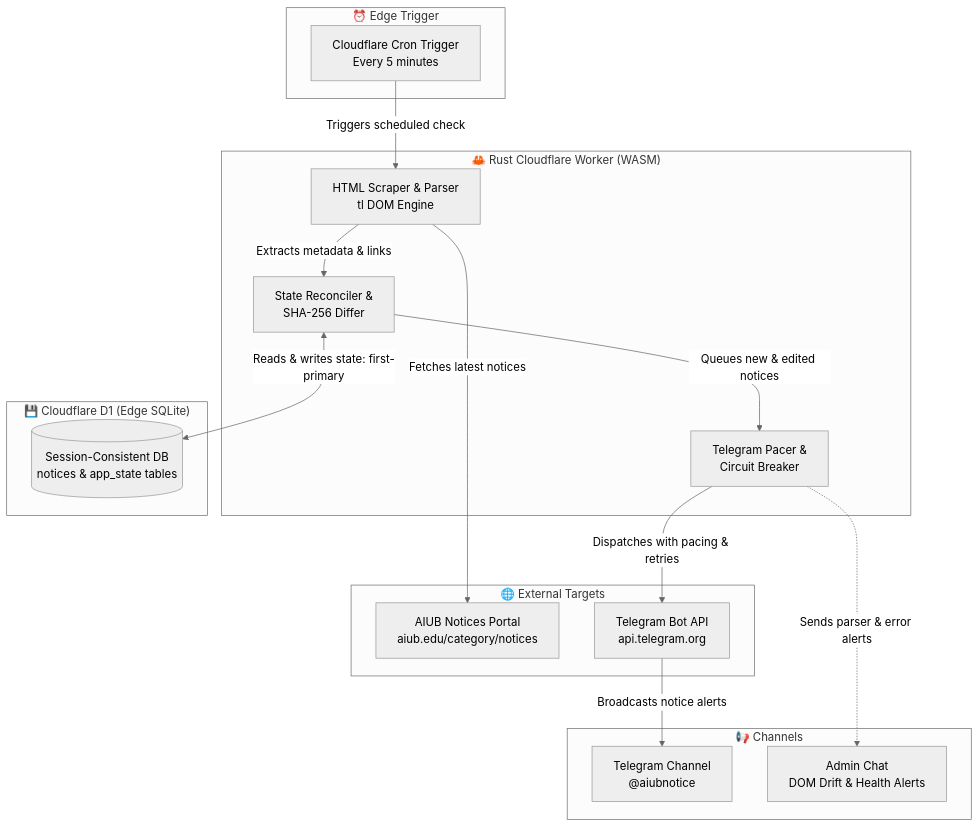
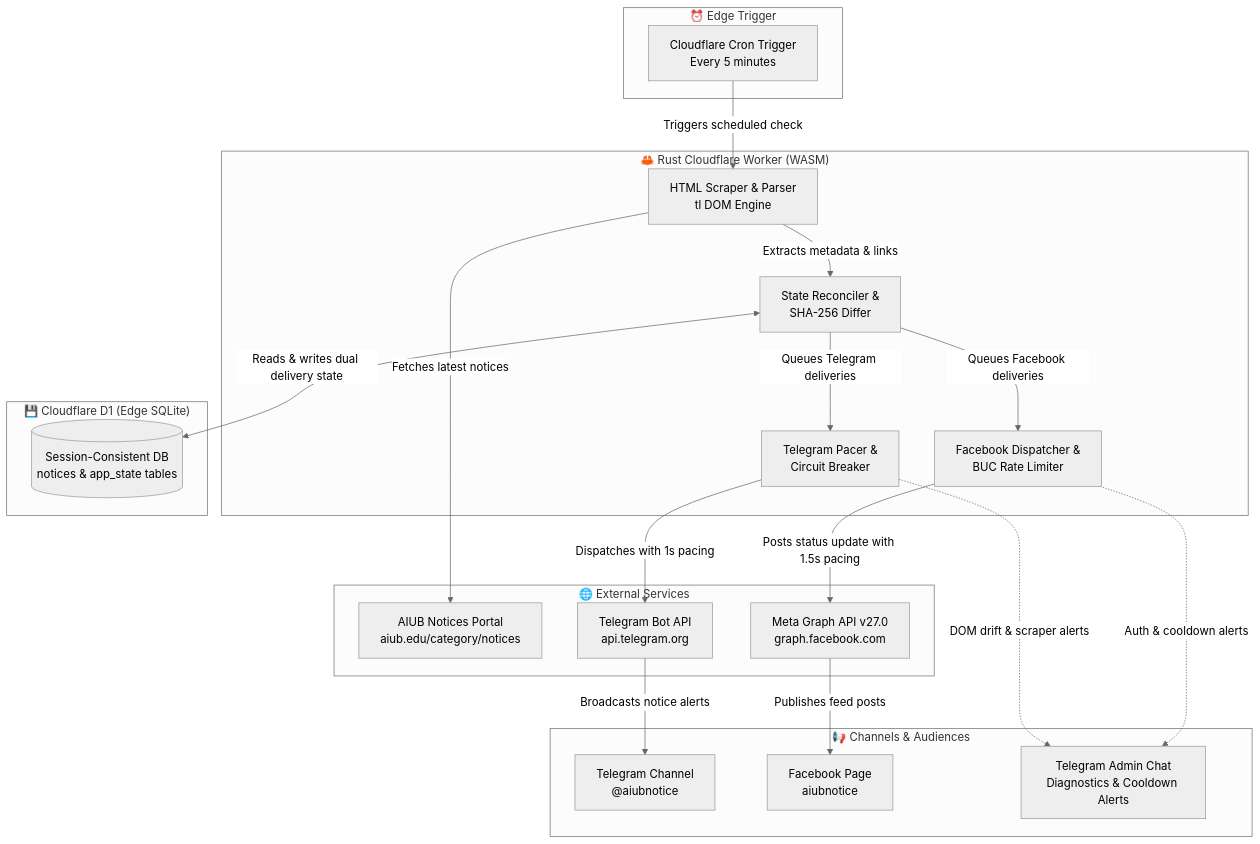
The first of 2 diagrams in README.md (origamiofficial/aiub-notice-checker), drawn with Mermaid (neutral theme) before and after one commit. The commit also changed other lines of this file, not shown here.

First line of the commit message:
Document Facebook broadcasting

````diff
--- a/README.md
+++ b/README.md
@@ -69,35 +73,42 @@
 ```mermaid
 flowchart TD
     subgraph Schedule ["⏰ Edge Trigger"]
         Cron["Cloudflare Cron Trigger<br/>Every 5 minutes"]
     end
 
     subgraph Worker ["🦀 Rust Cloudflare Worker (WASM)"]
         Scraper["HTML Scraper & Parser<br/>tl DOM Engine"]
         Reconciler["State Reconciler &<br/>SHA-256 Differ"]
-        RateLimiter["Telegram Pacer &<br/>Circuit Breaker"]
+        TgDispatcher["Telegram Pacer &<br/>Circuit Breaker"]
+        FbDispatcher["Facebook Dispatcher &<br/>BUC Rate Limiter"]
     end
 
-    subgraph External ["🌐 External Targets"]
+    subgraph External ["🌐 External Services"]
         AIUB["AIUB Notices Portal<br/>aiub.edu/category/notices"]
         TelegramAPI["Telegram Bot API<br/>api.telegram.org"]
+        MetaGraph["Meta Graph API v27.0<br/>graph.facebook.com"]
     end
 
     subgraph Storage ["💾 Cloudflare D1 (Edge SQLite)"]
         D1[("Session-Consistent DB<br/>notices & app_state tables")]
     end
 
-    subgraph Delivery ["📢 Channels"]
-        Subscribers["Telegram Channel<br/>@aiubnotice"]
-        Admin["Admin Chat<br/>DOM Drift & Health Alerts"]
+    subgraph Delivery ["📢 Channels & Audiences"]
+        TgChannel["Telegram Channel<br/>@aiubnotice"]
+        FbPage["Facebook Page<br/>aiubnotice"]
+        Admin["Telegram Admin Chat<br/>Diagnostics & Cooldown Alerts"]
     end
 
     Cron -->|Triggers scheduled check| Scraper
     Scraper -->|Fetches latest notices| AIUB
     Scraper -->|Extracts metadata & links| Reconciler
-    Reconciler <-->|Reads & writes state: first-primary| D1
-    Reconciler -->|Queues new & edited notices| RateLimiter
-    RateLimiter -->|Dispatches with pacing & retries| TelegramAPI
-    TelegramAPI -->|Broadcasts notice alerts| Subscribers
-    RateLimiter -.->|Sends parser & error alerts| Admin
+    Reconciler <-->|Reads & writes dual delivery state| D1
+    Reconciler -->|Queues Telegram deliveries| TgDispatcher
+    Reconciler -->|Queues Facebook deliveries| FbDispatcher
+    TgDispatcher -->|Dispatches with 1s pacing| TelegramAPI
+    TelegramAPI -->|Broadcasts notice alerts| TgChannel
+    FbDispatcher -->|Posts status update with 1.5s pacing| MetaGraph
+    MetaGraph -->|Publishes feed posts| FbPage
+    TgDispatcher -.->|DOM drift & scraper alerts| Admin
+    FbDispatcher -.->|Auth & cooldown alerts| Admin
 ```
````
